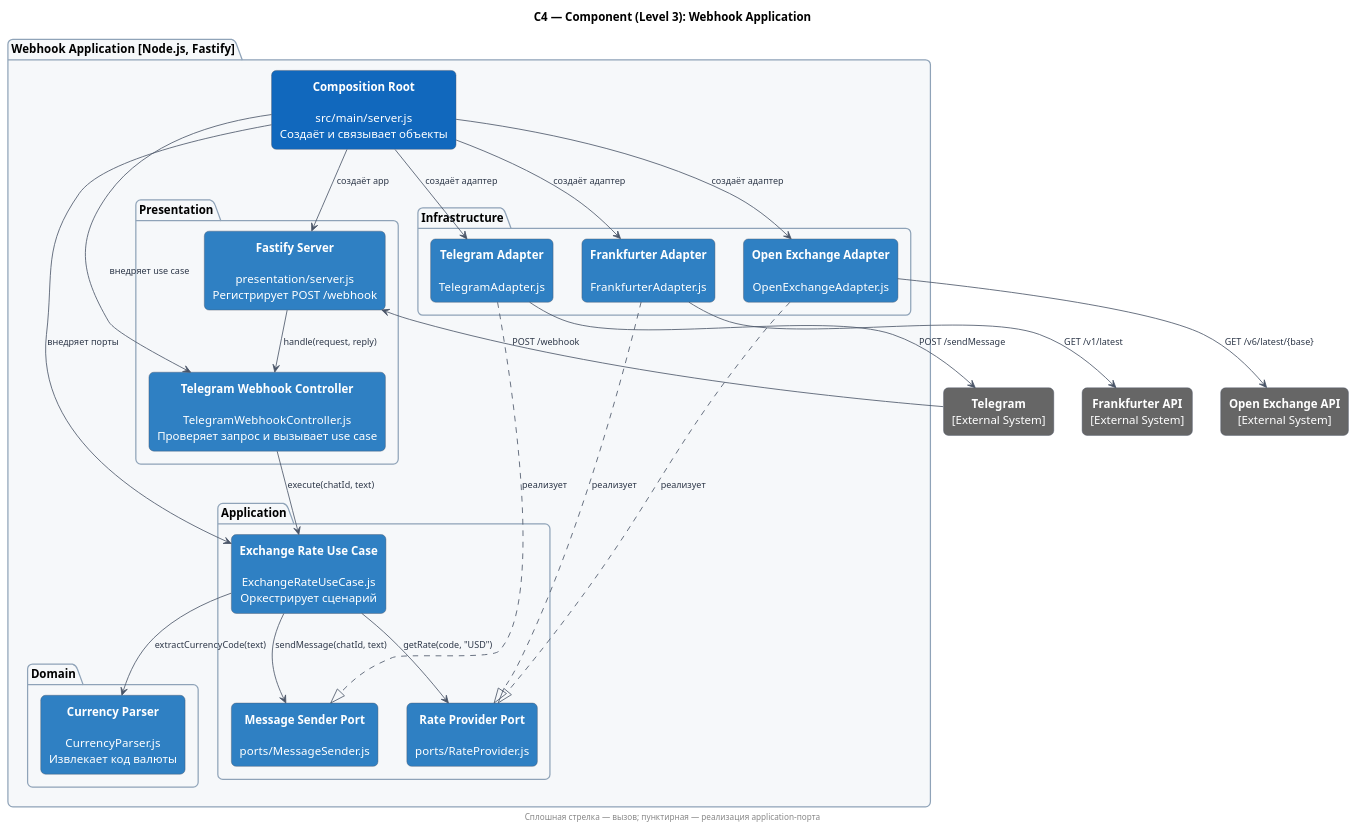
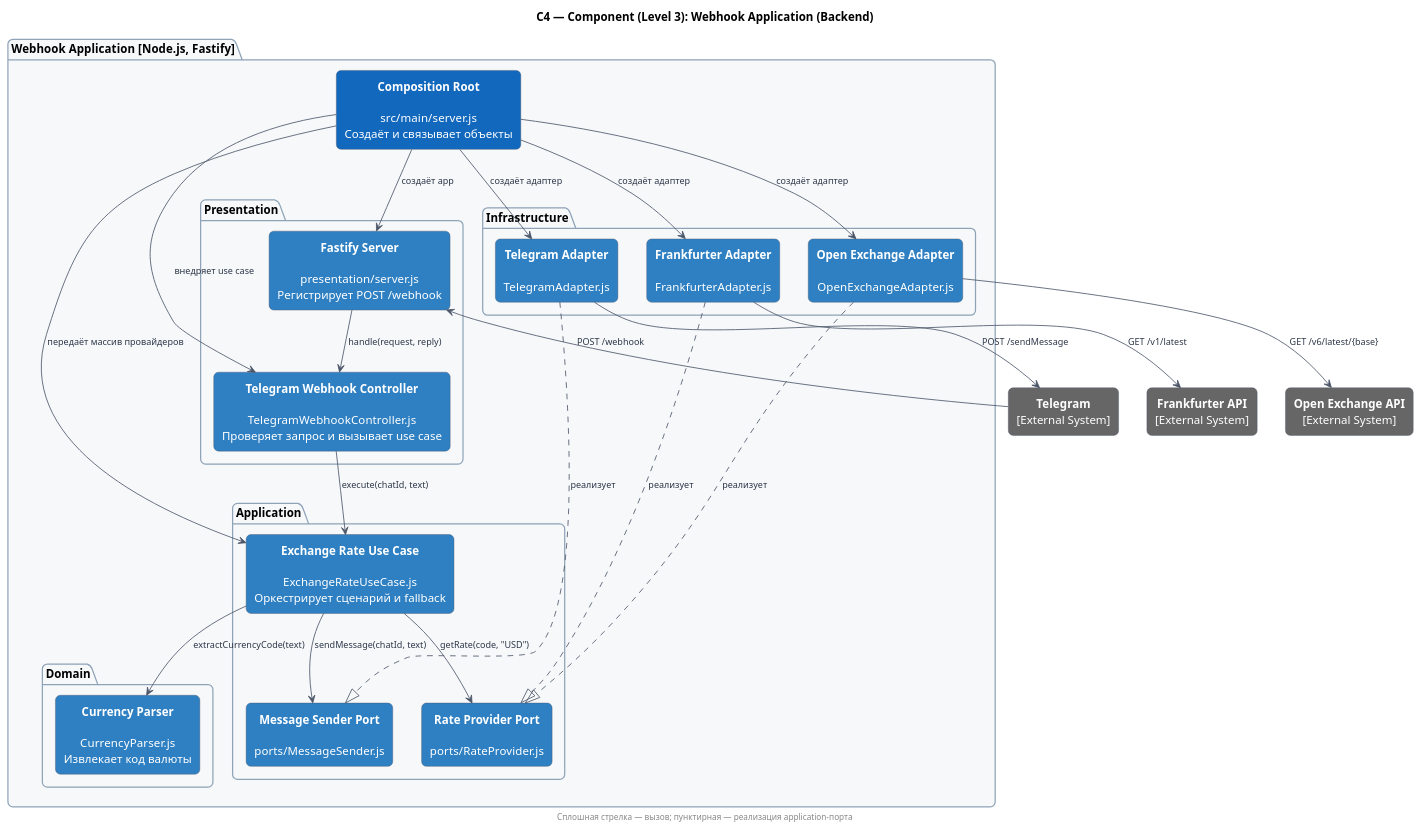
One commit to Emilo067/exchange-rate-bot changed the diagram in docs/c4-component.puml. Above: the diagram before and after it, drawn with PlantUML. The commit also changed 12 other files, not shown here.

Commit message:
feat: add mini app documentation and architecture

```diff
--- a/docs/c4-component.puml
+++ b/docs/c4-component.puml
@@ -1,70 +1,70 @@
 @startuml
-title C4 — Component (Level 3): Webhook Application
+title C4 — Component (Level 3): Webhook Application (Backend)
 
 top to bottom direction
 skinparam shadowing false
 skinparam roundCorner 12
 skinparam defaultFontName Arial
 skinparam defaultTextAlignment center
 skinparam ArrowColor #4A5568
 skinparam ArrowFontColor #2D3748
 skinparam ArrowFontSize 11
 skinparam package {
   BorderColor #8FA3B8
   BackgroundColor #F6F8FA
 }
 skinparam rectangle {
   BorderColor #4A5568
 }
 
 rectangle telegram as "<color:white><b>Telegram</b></color>\n<color:white>[External System]</color>" #666666
 rectangle frankfurter as "<color:white><b>Frankfurter API</b></color>\n<color:white>[External System]</color>" #666666
 rectangle open_exchange as "<color:white><b>Open Exchange API</b></color>\n<color:white>[External System]</color>" #666666
 
 package "Webhook Application  [Node.js, Fastify]" as application_container {
   rectangle composition_root as "<color:white><b>Composition Root</b></color>\n\n<color:white>src/main/server.js</color>\n<color:white>Создаёт и связывает объекты</color>" #1168BD
 
   package "Presentation" {
     rectangle fastify_server as "<color:white><b>Fastify Server</b></color>\n\n<color:white>presentation/server.js</color>\n<color:white>Регистрирует POST /webhook</color>" #2F80C3
     rectangle webhook_controller as "<color:white><b>Telegram Webhook Controller</b></color>\n\n<color:white>TelegramWebhookController.js</color>\n<color:white>Проверяет запрос и вызывает use case</color>" #2F80C3
   }
 
   package "Application" {
-    rectangle use_case as "<color:white><b>Exchange Rate Use Case</b></color>\n\n<color:white>ExchangeRateUseCase.js</color>\n<color:white>Оркестрирует сценарий</color>" #2F80C3
+    rectangle use_case as "<color:white><b>Exchange Rate Use Case</b></color>\n\n<color:white>ExchangeRateUseCase.js</color>\n<color:white>Оркестрирует сценарий и fallback</color>" #2F80C3
     rectangle rate_provider_port as "<color:white><b>Rate Provider Port</b></color>\n\n<color:white>ports/RateProvider.js</color>" #2F80C3
     rectangle message_sender_port as "<color:white><b>Message Sender Port</b></color>\n\n<color:white>ports/MessageSender.js</color>" #2F80C3
   }
 
   package "Domain" {
     rectangle currency_parser as "<color:white><b>Currency Parser</b></color>\n\n<color:white>CurrencyParser.js</color>\n<color:white>Извлекает код валюты</color>" #2F80C3
   }
 
   package "Infrastructure" {
     rectangle frankfurter_adapter as "<color:white><b>Frankfurter Adapter</b></color>\n\n<color:white>FrankfurterAdapter.js</color>" #2F80C3
     rectangle open_exchange_adapter as "<color:white><b>Open Exchange Adapter</b></color>\n\n<color:white>OpenExchangeAdapter.js</color>" #2F80C3
     rectangle telegram_adapter as "<color:white><b>Telegram Adapter</b></color>\n\n<color:white>TelegramAdapter.js</color>" #2F80C3
   }
 }
 
 composition_root --> fastify_server : создаёт app
 composition_root --> webhook_controller : внедряет use case
-composition_root --> use_case : внедряет порты
+composition_root --> use_case : передаёт массив провайдеров
 composition_root --> frankfurter_adapter : создаёт адаптер
 composition_root --> open_exchange_adapter : создаёт адаптер
 composition_root --> telegram_adapter : создаёт адаптер
 
 telegram --> fastify_server : POST /webhook
 fastify_server --> webhook_controller : handle(request, reply)
 webhook_controller --> use_case : execute(chatId, text)
 use_case --> currency_parser : extractCurrencyCode(text)
 use_case --> rate_provider_port : getRate(code, "USD")
 use_case --> message_sender_port : sendMessage(chatId, text)
 frankfurter_adapter ..|> rate_provider_port : реализует
 open_exchange_adapter ..|> rate_provider_port : реализует
 telegram_adapter ..|> message_sender_port : реализует
 frankfurter_adapter --> frankfurter : GET /v1/latest
 open_exchange_adapter --> open_exchange : GET /v6/latest/{base}
 telegram_adapter --> telegram : POST /sendMessage
 
 footer Сплошная стрелка — вызов; пунктирная — реализация application-порта
 @enduml
```
